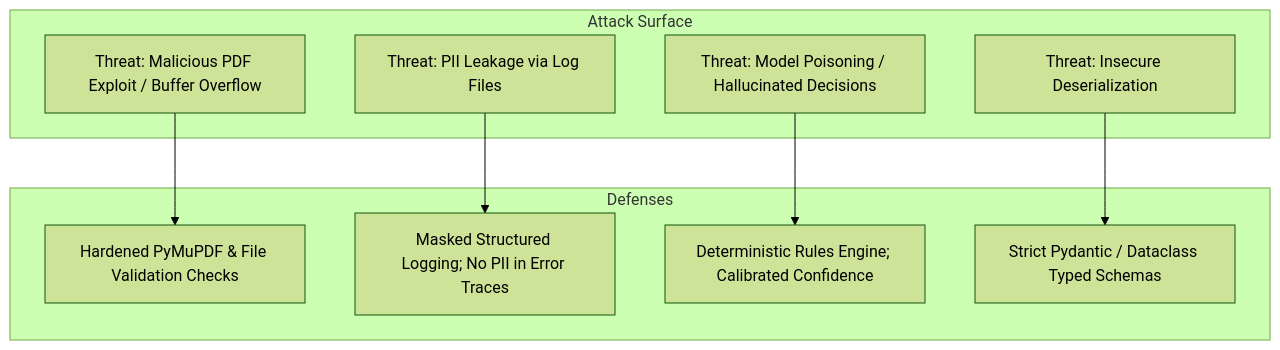
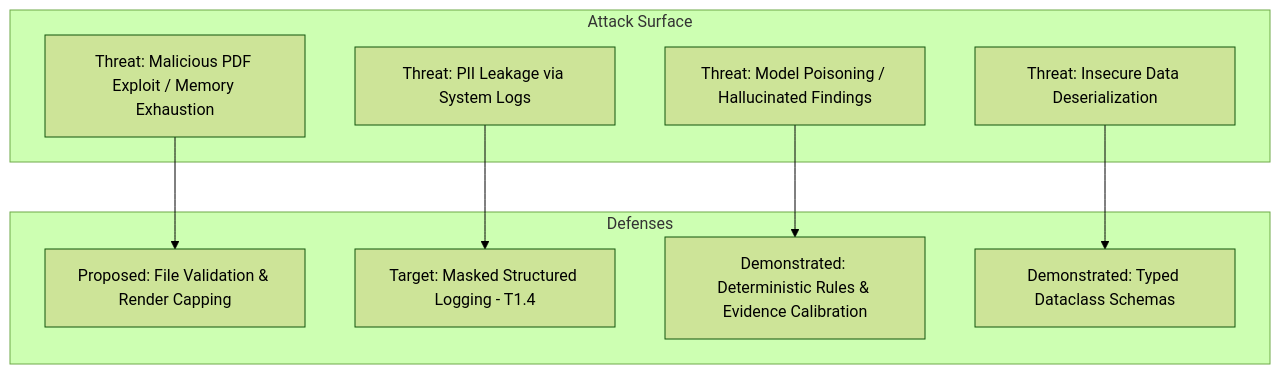
The diagram in docs/02-ARCHITECTURE/SECURITY_AND_PRIVACY.md (Algoryxz/DocuReady), drawn with Mermaid (forest theme) before and after one commit. The commit also changed other lines of this file and 2 other files, not shown here.

````diff
--- a/docs/02-ARCHITECTURE/SECURITY_AND_PRIVACY.md
+++ b/docs/02-ARCHITECTURE/SECURITY_AND_PRIVACY.md
@@ -62,21 +68,21 @@
 ```mermaid
 flowchart TD
     subgraph Attack Surface
-        T1[Threat: Malicious PDF Exploit / Buffer Overflow]
-        T2[Threat: PII Leakage via Log Files]
-        T3[Threat: Model Poisoning / Hallucinated Decisions]
-        T4[Threat: Insecure Deserialization]
+        T1[Threat: Malicious PDF Exploit / Memory Exhaustion]
+        T2[Threat: PII Leakage via System Logs]
+        T3[Threat: Model Poisoning / Hallucinated Findings]
+        T4[Threat: Insecure Data Deserialization]
     end
 
     subgraph Defenses
-        D1[Hardened PyMuPDF & File Validation Checks]
-        D2[Masked Structured Logging; No PII in Error Traces]
-        D3[Deterministic Rules Engine; Calibrated Confidence]
-        D4[Strict Pydantic / Dataclass Typed Schemas]
+        D1[Proposed: File Validation & Render Capping]
+        D2[Target: Masked Structured Logging - T1.4]
+        D3[Demonstrated: Deterministic Rules & Evidence Calibration]
+        D4[Demonstrated: Typed Dataclass Schemas]
     end
 
     T1 --> D1
     T2 --> D2
     T3 --> D3
     T4 --> D4
 ```
````
